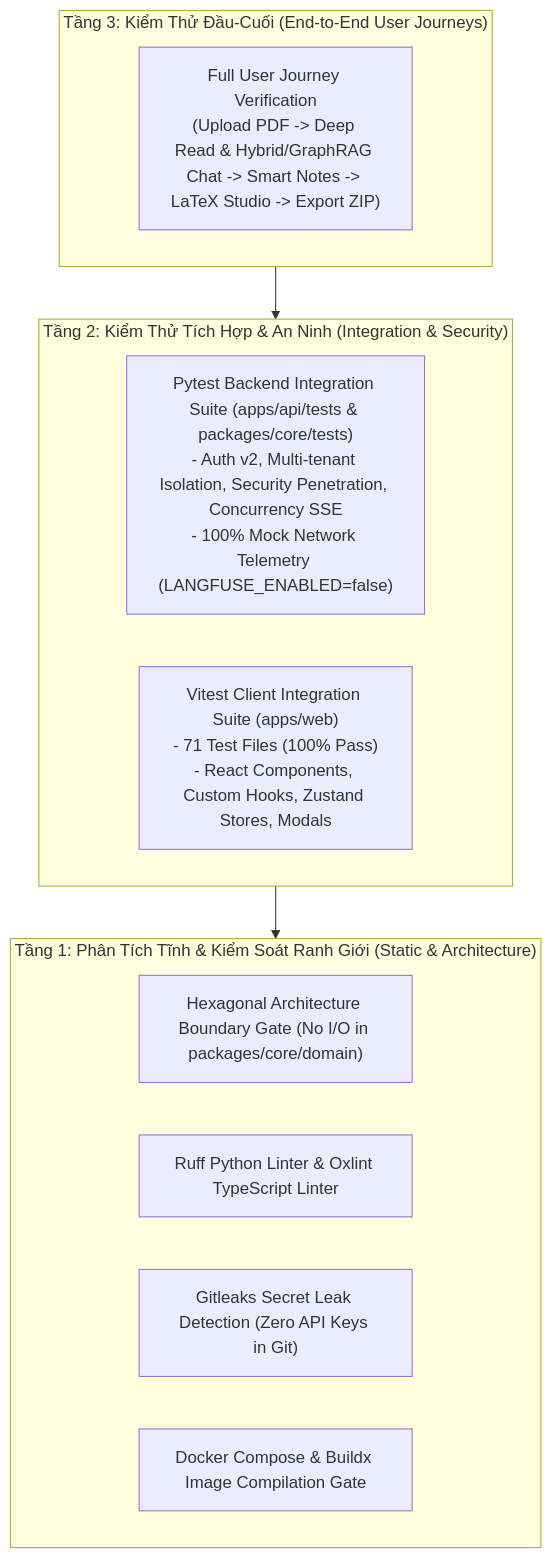
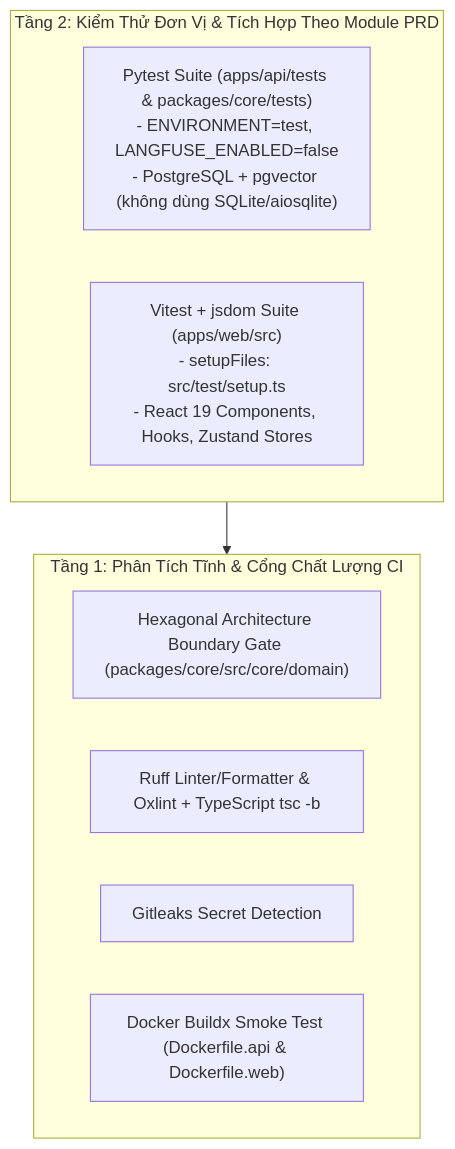
One commit to dammanhdungvn/VeriScholar changed the diagram in docs/05-testing-and-qa/testing-strategy.md. Above: the diagram before and after it, drawn with Mermaid. The commit also changed other lines of this file and 8 other files, not shown here.

````diff
--- a/docs/05-testing-and-qa/testing-strategy.md
+++ b/docs/05-testing-and-qa/testing-strategy.md
@@ -9,21 +11,16 @@
 ```mermaid
 flowchart TD
-    subgraph E2E_TIER ["Tầng 3: Kiểm Thử Đầu-Cuối (End-to-End User Journeys)"]
-        E2E["Full User Journey Verification<br/>(Upload PDF -> Deep Read & Hybrid/GraphRAG Chat -> Smart Notes -> LaTeX Studio -> Export ZIP)"]
+    subgraph INTEGRATION_TIER ["Tầng 2: Kiểm Thử Đơn Vị & Tích Hợp Theo Module PRD"]
+        PytestBackend["Pytest Suite (apps/api/tests & packages/core/tests)<br/>- ENVIRONMENT=test, LANGFUSE_ENABLED=false<br/>- PostgreSQL + pgvector (không dùng SQLite/aiosqlite)"]
+        VitestFrontend["Vitest + jsdom Suite (apps/web/src)<br/>- setupFiles: src/test/setup.ts<br/>- React 19 Components, Hooks, Zustand Stores"]
     end
 
-    subgraph INTEGRATION_TIER ["Tầng 2: Kiểm Thử Tích Hợp & An Ninh (Integration & Security)"]
-        PytestBackend["Pytest Backend Integration Suite (apps/api/tests & packages/core/tests)<br/>- Auth v2, Multi-tenant Isolation, Security Penetration, Concurrency SSE<br/>- 100% Mock Network Telemetry (LANGFUSE_ENABLED=false)"]
-        VitestFrontend["Vitest Client Integration Suite (apps/web)<br/>- 71 Test Files (100% Pass)<br/>- React Components, Custom Hooks, Zustand Stores, Modals"]
+    subgraph STATIC_TIER ["Tầng 1: Phân Tích Tĩnh & Cổng Chất Lượng CI"]
+        HexGate["Hexagonal Architecture Boundary Gate (packages/core/src/core/domain)"]
+        RuffOxlint["Ruff Linter/Formatter & Oxlint + TypeScript tsc -b"]
+        SecretGitleaks["Gitleaks Secret Detection"]
+        DockerValidate["Docker Buildx Smoke Test (Dockerfile.api & Dockerfile.web)"]
     end
 
-    subgraph STATIC_TIER ["Tầng 1: Phân Tích Tĩnh & Kiểm Soát Ranh Giới (Static & Architecture)"]
-        HexGate["Hexagonal Architecture Boundary Gate (No I/O in packages/core/domain)"]
-        RuffOxlint["Ruff Python Linter & Oxlint TypeScript Linter"]
-        SecretGitleaks["Gitleaks Secret Leak Detection (Zero API Keys in Git)"]
-        DockerValidate["Docker Compose & Buildx Image Compilation Gate"]
-    end
-
-    E2E_TIER --> INTEGRATION_TIER
     INTEGRATION_TIER --> STATIC_TIER
 ```
````
